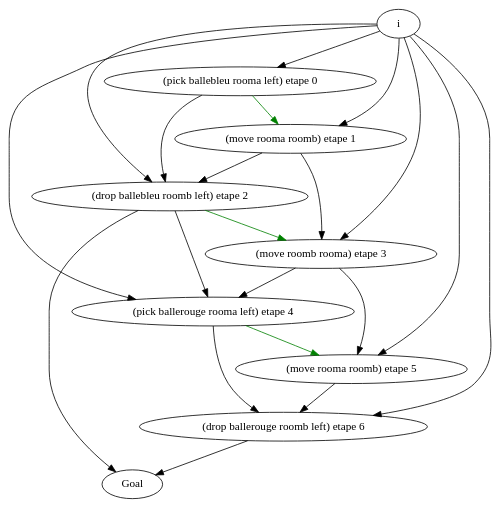
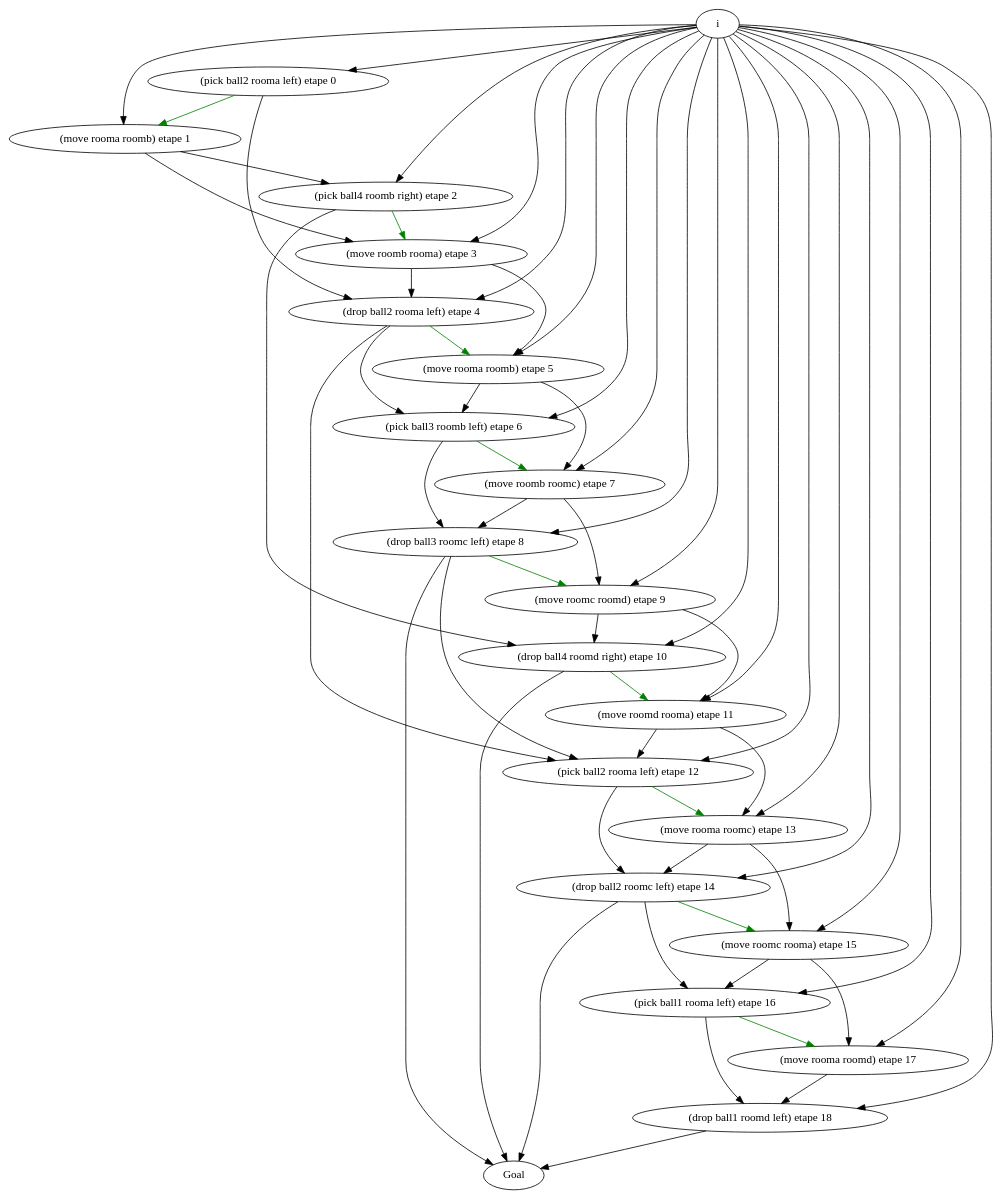
Before and after one commit to plaans/aries: the diagram in graphiquetemp.dot, drawn with Graphviz. The commit also changed 10 other files, not shown here.

```diff
--- a/graphiquetemp.dot
+++ b/graphiquetemp.dot
@@ -1,23 +1,61 @@
 digraph D { 
-"(pick ballebleu rooma left) etape 0" -> "(drop ballebleu roomb left) etape 2";
-"(move rooma roomb) etape 1" -> "(drop ballebleu roomb left) etape 2";
+"(pick ball2 rooma left) etape 0" -> "(drop ball2 rooma left) etape 4";
+"(move rooma roomb) etape 1" -> "(pick ball4 roomb right) etape 2";
 "(move rooma roomb) etape 1" -> "(move roomb rooma) etape 3";
-"(drop ballebleu roomb left) etape 2" -> "(pick ballerouge rooma left) etape 4";
-"(drop ballebleu roomb left) etape 2" -> " Goal ";
-"(move roomb rooma) etape 3" -> "(pick ballerouge rooma left) etape 4";
+"(pick ball4 roomb right) etape 2" -> "(drop ball4 roomd right) etape 10";
+"(move roomb rooma) etape 3" -> "(drop ball2 rooma left) etape 4";
 "(move roomb rooma) etape 3" -> "(move rooma roomb) etape 5";
-"(pick ballerouge rooma left) etape 4" -> "(drop ballerouge roomb left) etape 6";
-"(move rooma roomb) etape 5" -> "(drop ballerouge roomb left) etape 6";
-"(drop ballerouge roomb left) etape 6" -> " Goal ";
-" i " -> "(pick ballebleu rooma left) etape 0";
+"(drop ball2 rooma left) etape 4" -> "(pick ball3 roomb left) etape 6";
+"(drop ball2 rooma left) etape 4" -> "(pick ball2 rooma left) etape 12";
+"(move rooma roomb) etape 5" -> "(pick ball3 roomb left) etape 6";
+"(move rooma roomb) etape 5" -> "(move roomb roomc) etape 7";
+"(pick ball3 roomb left) etape 6" -> "(drop ball3 roomc left) etape 8";
+"(move roomb roomc) etape 7" -> "(drop ball3 roomc left) etape 8";
+"(move roomb roomc) etape 7" -> "(move roomc roomd) etape 9";
+"(drop ball3 roomc left) etape 8" -> "(pick ball2 rooma left) etape 12";
+"(drop ball3 roomc left) etape 8" -> " Goal ";
+"(move roomc roomd) etape 9" -> "(drop ball4 roomd right) etape 10";
+"(move roomc roomd) etape 9" -> "(move roomd rooma) etape 11";
+"(drop ball4 roomd right) etape 10" -> " Goal ";
+"(move roomd rooma) etape 11" -> "(pick ball2 rooma left) etape 12";
+"(move roomd rooma) etape 11" -> "(move rooma roomc) etape 13";
+"(pick ball2 rooma left) etape 12" -> "(drop ball2 roomc left) etape 14";
+"(move rooma roomc) etape 13" -> "(drop ball2 roomc left) etape 14";
+"(move rooma roomc) etape 13" -> "(move roomc rooma) etape 15";
+"(drop ball2 roomc left) etape 14" -> "(pick ball1 rooma left) etape 16";
+"(drop ball2 roomc left) etape 14" -> " Goal ";
+"(move roomc rooma) etape 15" -> "(pick ball1 rooma left) etape 16";
+"(move roomc rooma) etape 15" -> "(move rooma roomd) etape 17";
+"(pick ball1 rooma left) etape 16" -> "(drop ball1 roomd left) etape 18";
+"(move rooma roomd) etape 17" -> "(drop ball1 roomd left) etape 18";
+"(drop ball1 roomd left) etape 18" -> " Goal ";
+" i " -> "(pick ball2 rooma left) etape 0";
 " i " -> "(move rooma roomb) etape 1";
-" i " -> "(drop ballebleu roomb left) etape 2";
+" i " -> "(pick ball4 roomb right) etape 2";
 " i " -> "(move roomb rooma) etape 3";
-" i " -> "(pick ballerouge rooma left) etape 4";
+" i " -> "(drop ball2 rooma left) etape 4";
 " i " -> "(move rooma roomb) etape 5";
-" i " -> "(drop ballerouge roomb left) etape 6";
+" i " -> "(pick ball3 roomb left) etape 6";
+" i " -> "(move roomb roomc) etape 7";
+" i " -> "(drop ball3 roomc left) etape 8";
+" i " -> "(move roomc roomd) etape 9";
+" i " -> "(drop ball4 roomd right) etape 10";
+" i " -> "(move roomd rooma) etape 11";
+" i " -> "(pick ball2 rooma left) etape 12";
+" i " -> "(move rooma roomc) etape 13";
+" i " -> "(drop ball2 roomc left) etape 14";
+" i " -> "(move roomc rooma) etape 15";
+" i " -> "(pick ball1 rooma left) etape 16";
+" i " -> "(move rooma roomd) etape 17";
+" i " -> "(drop ball1 roomd left) etape 18";
 edge [color=green];
-"(pick ballebleu rooma left) etape 0" -> "(move rooma roomb) etape 1";
-"(drop ballebleu roomb left) etape 2" -> "(move roomb rooma) etape 3";
-"(pick ballerouge rooma left) etape 4" -> "(move rooma roomb) etape 5";
+"(pick ball2 rooma left) etape 0" -> "(move rooma roomb) etape 1";
+"(pick ball4 roomb right) etape 2" -> "(move roomb rooma) etape 3";
+"(drop ball2 rooma left) etape 4" -> "(move rooma roomb) etape 5";
+"(pick ball3 roomb left) etape 6" -> "(move roomb roomc) etape 7";
+"(drop ball3 roomc left) etape 8" -> "(move roomc roomd) etape 9";
+"(drop ball4 roomd right) etape 10" -> "(move roomd rooma) etape 11";
+"(pick ball2 rooma left) etape 12" -> "(move rooma roomc) etape 13";
+"(drop ball2 roomc left) etape 14" -> "(move roomc rooma) etape 15";
+"(pick ball1 rooma left) etape 16" -> "(move rooma roomd) etape 17";
 } 
```
